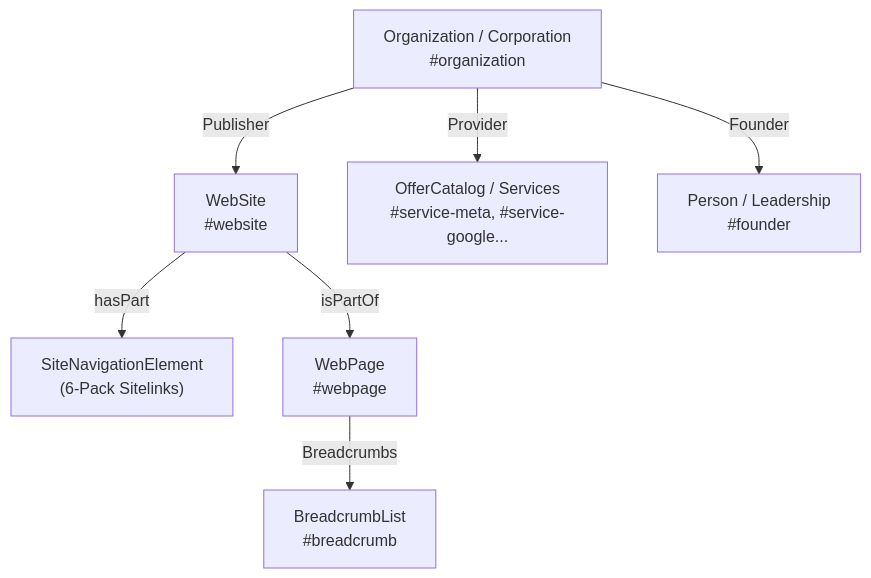
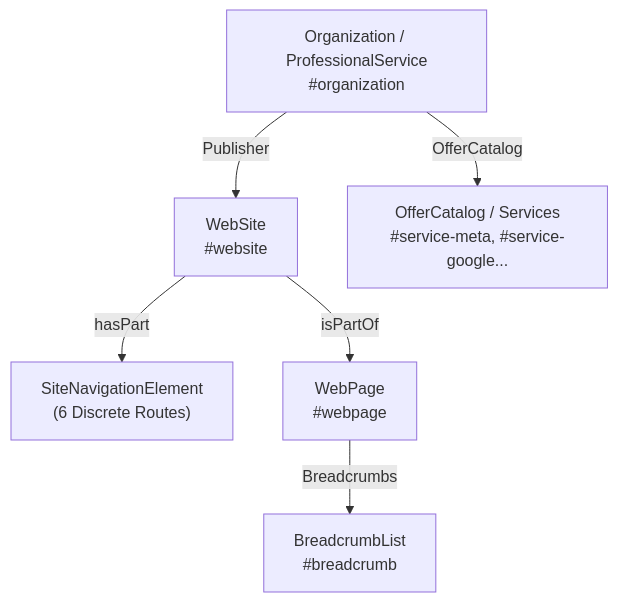
Before and after one commit to kalunatechnology/Adsvar_Compro: the diagram in SEO_BLUEPRINT.md, drawn with Mermaid. The commit also changed other lines of this file and 18 other files, not shown here.

Commit message:
feat(seo): complete 6-pack sitelinks parity architecture with discrete level-2 canonical routes and microdata

````diff
--- a/SEO_BLUEPRINT.md
+++ b/SEO_BLUEPRINT.md
@@ -65,9 +114,8 @@
 ```mermaid
 graph TD
-    A["Organization / Corporation<br/>#organization"] -->|Publisher| B["WebSite<br/>#website"]
-    B -->|hasPart| C["SiteNavigationElement<br/>(6-Pack Sitelinks)"]
+    A["Organization / ProfessionalService<br/>#organization"] -->|Publisher| B["WebSite<br/>#website"]
+    B -->|hasPart| C["SiteNavigationElement<br/>(6 Discrete Routes)"]
     B -->|isPartOf| D["WebPage<br/>#webpage"]
     D -->|Breadcrumbs| E["BreadcrumbList<br/>#breadcrumb"]
-    A -->|Provider| F["OfferCatalog / Services<br/>#service-meta, #service-google..."]
-    A -->|Founder| G["Person / Leadership<br/>#founder"]
+    A -->|OfferCatalog| F["OfferCatalog / Services<br/>#service-meta, #service-google..."]
 ```
````
